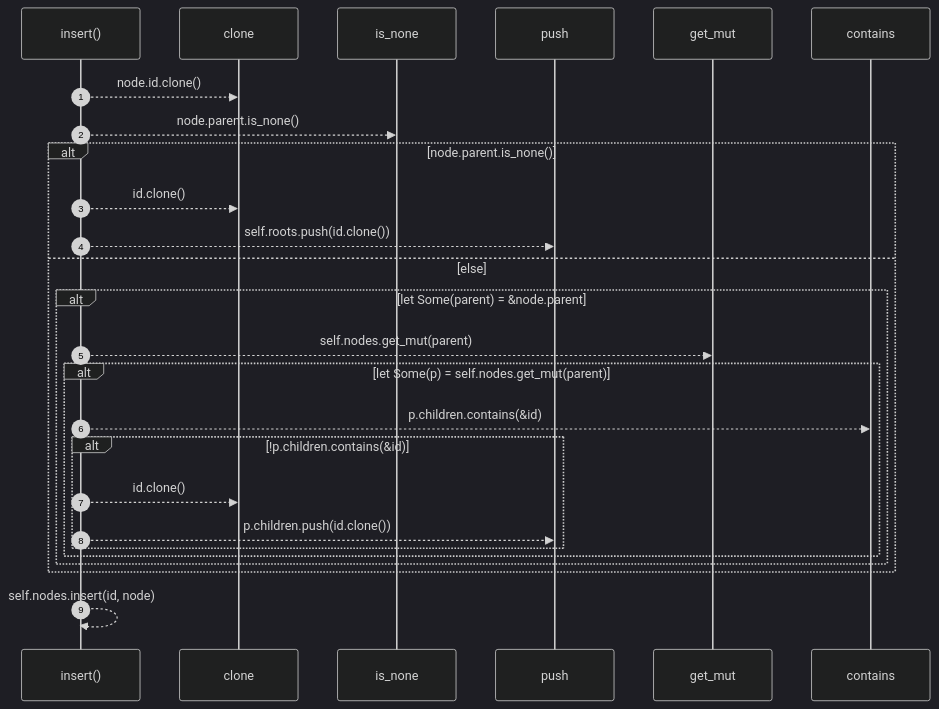
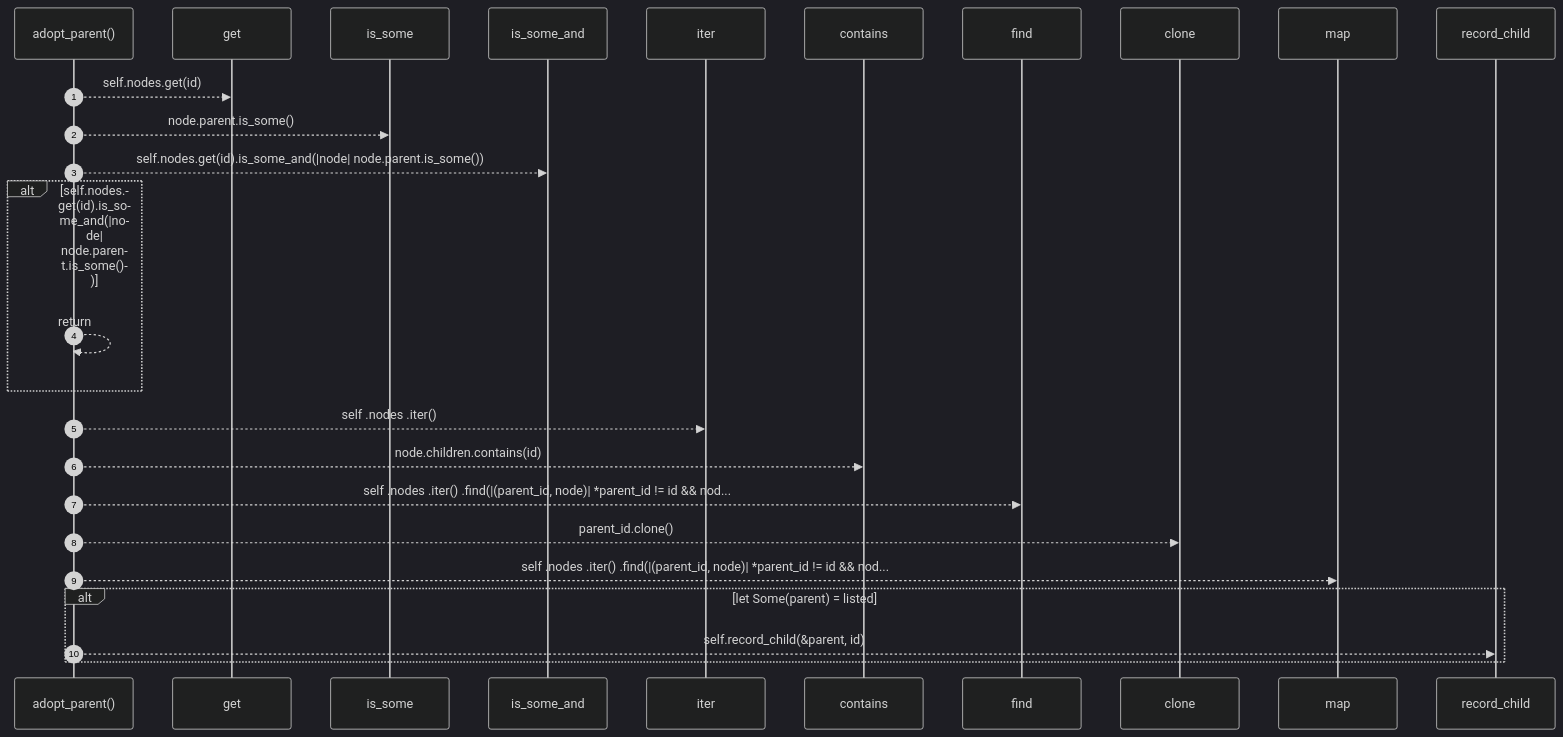
Before and after one commit to RyanGuild/self-describing-code: the sixth of 10 diagrams in docs/self-model/robby_ir/model/impl-document.md, drawn with Mermaid (dark theme). The commit also changed other lines of this file and 747 other files, not shown here.

````diff
--- a/docs/self-model/robby_ir/model/impl-document.md
+++ b/docs/self-model/robby_ir/model/impl-document.md
@@ -394,28 +694,28 @@
 ```mermaid
 sequenceDiagram
     autonumber
-    participant insert as insert()
+    participant adopt_parent as adopt_parent()
+    participant get as get
+    participant is_some as is_some
+    participant is_some_and as is_some_and
+    participant iter as iter
+    participant contains as contains
+    participant find as find
     participant clone as clone
-    participant is_none as is_none
-    participant push as push
-    participant get_mut as get_mut
-    participant contains as contains
-    insert-->>clone: node.id.clone()
-    insert-->>is_none: node.parent.is_none()
-    alt node.parent.is_none()
-    insert-->>clone: id.clone()
-    insert-->>push: self.roots.push(id.clone())
-    else else
-    alt let Some(parent) = &node.parent
-    insert-->>get_mut: self.nodes.get_mut(parent)
-    alt let Some(p) = self.nodes.get_mut(parent)
-    insert-->>contains: p.children.contains(&id)
-    alt !p.children.contains(&id)
-    insert-->>clone: id.clone()
-    insert-->>push: p.children.push(id.clone())
+    participant map as map
+    participant record_child as record_child
+    adopt_parent-->>get: self.nodes.get(id)
+    adopt_parent-->>is_some: node.parent.is_some()
+    adopt_parent-->>is_some_and: self.nodes.get(id).is_some_and(|node| node.parent.is_some())
+    alt self.nodes.get(id).is_some_and(|node| node.parent.is_some())
+    adopt_parent-->>adopt_parent: return
     end
+    adopt_parent-->>iter: self .nodes .iter()
+    adopt_parent-->>contains: node.children.contains(id)
+    adopt_parent-->>find: self .nodes .iter() .find(|(parent_id, node)| *parent_id != id && nod...
+    adopt_parent-->>clone: parent_id.clone()
+    adopt_parent-->>map: self .nodes .iter() .find(|(parent_id, node)| *parent_id != id && nod...
+    alt let Some(parent) = listed
+    adopt_parent-->>record_child: self.record_child(&parent, id)
     end
-    end
-    end
-    insert-->>insert: self.nodes.insert(id, node)
 ```
````
